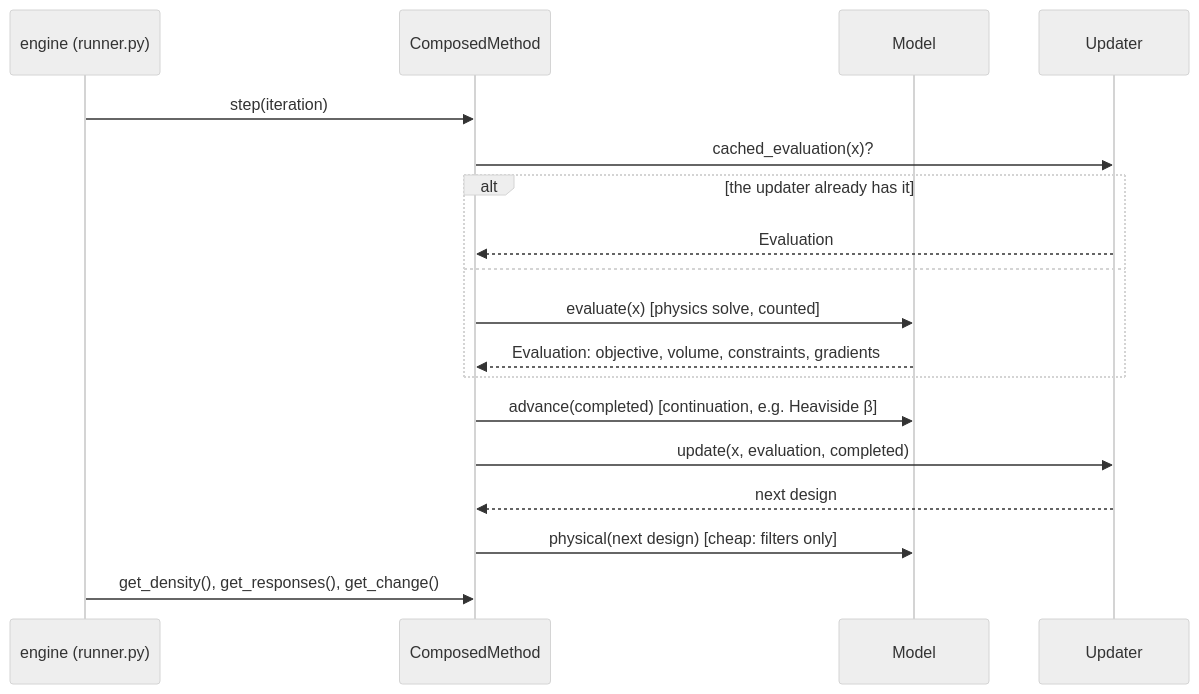
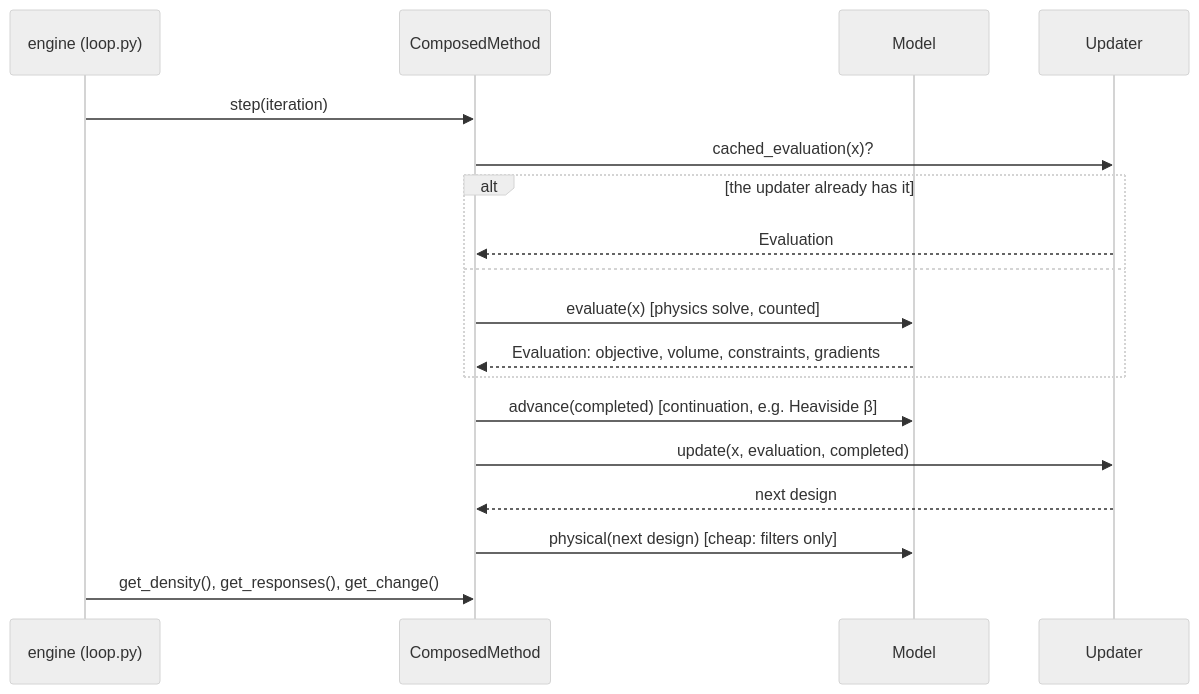
The third of 4 diagrams in toporia/framework/README.md (Toporia/Toporia-launcher), drawn with Mermaid (neutral theme) before and after one commit. The commit also changed other lines of this file and 83 other files, not shown here.

````diff
--- a/toporia/framework/README.md
+++ b/toporia/framework/README.md
@@ -131,20 +166,20 @@
 ```mermaid
 sequenceDiagram
-    participant E as engine (runner.py)
+    participant E as engine (loop.py)
     participant C as ComposedMethod
     participant M as Model
     participant U as Updater
     E->>C: step(iteration)
     C->>U: cached_evaluation(x)?
     alt the updater already has it
         U-->>C: Evaluation
     else
         C->>M: evaluate(x)  [physics solve, counted]
         M-->>C: Evaluation: objective, volume, constraints, gradients
     end
     C->>M: advance(completed)  [continuation, e.g. Heaviside β]
     C->>U: update(x, evaluation, completed)
     U-->>C: next design
     C->>M: physical(next design)  [cheap: filters only]
     E->>C: get_density(), get_responses(), get_change()
 ```
````
